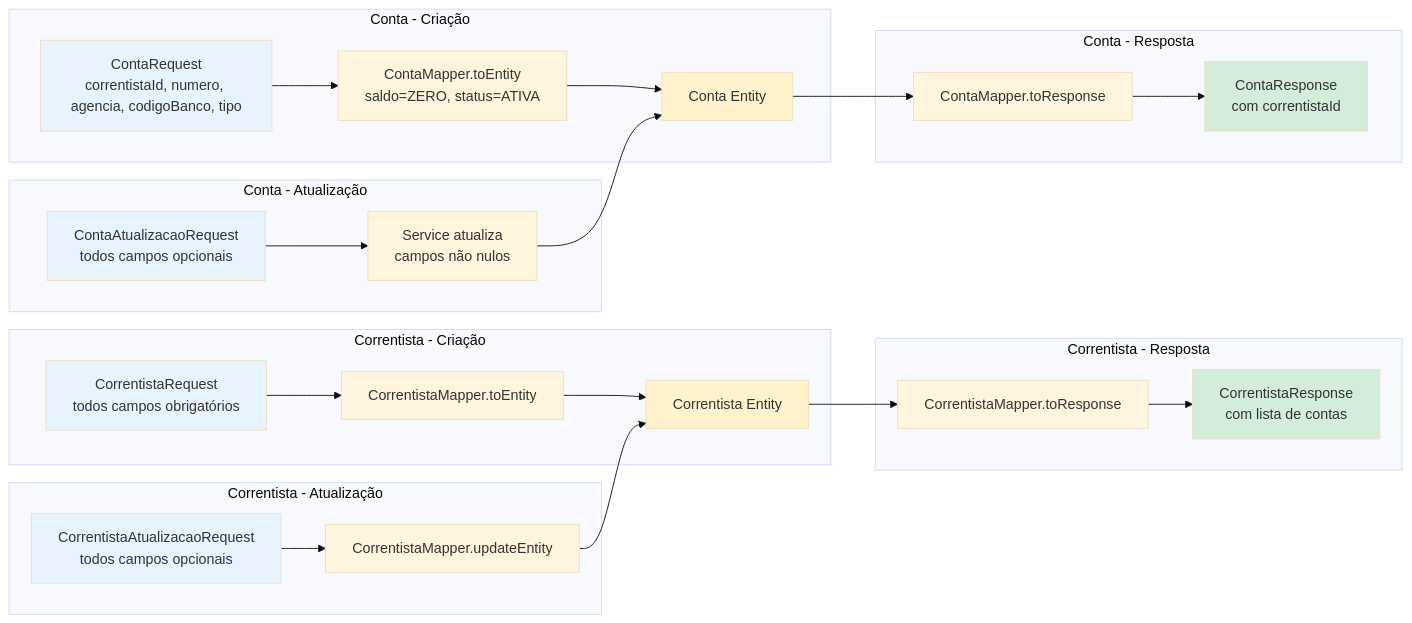
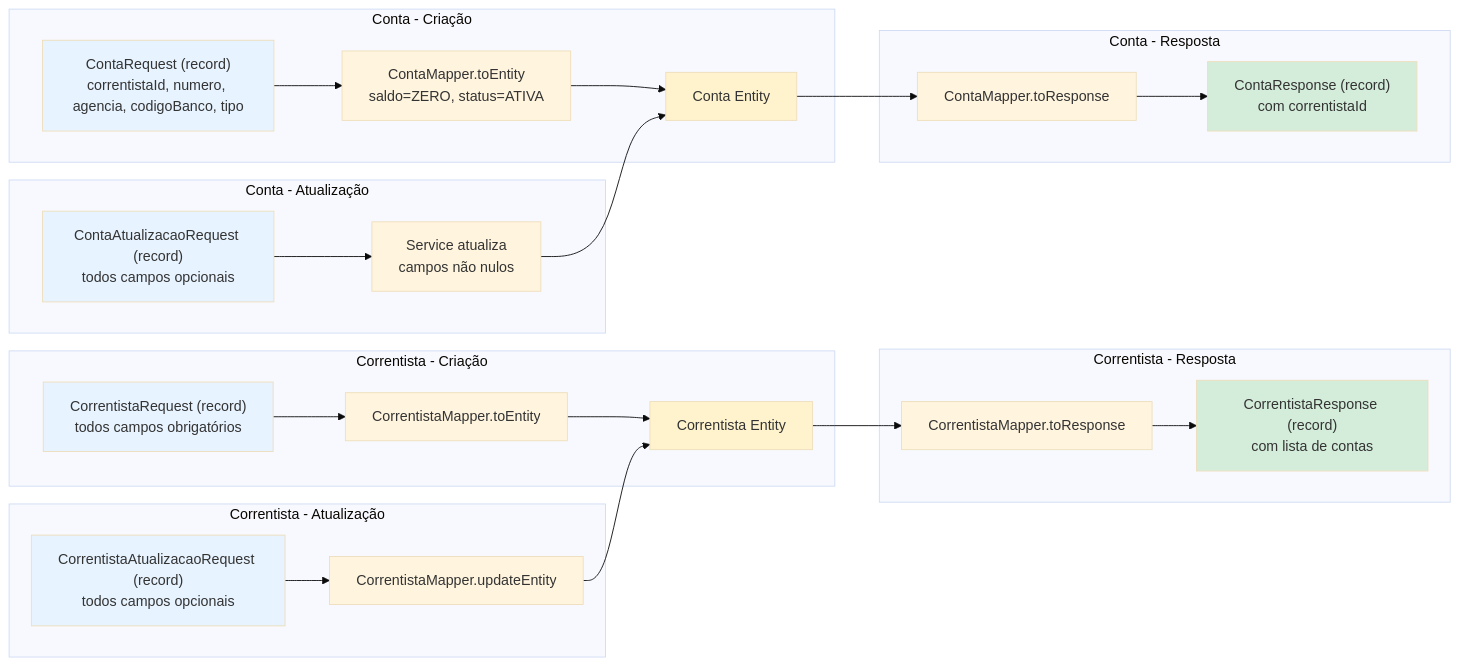
Before and after one commit to GeciaraBoava/teste-bv: diagram 14 of 14 in fluxograma.md, drawn with Mermaid (base theme). The commit also changed other lines of this file and 16 other files, not shown here.

Commit message:
✨ feat :: [conta] :: adiciona record

````diff
--- a/fluxograma.md
+++ b/fluxograma.md
@@ -503,41 +503,41 @@
 ```mermaid
 flowchart LR
     subgraph "Correntista - Criação"
-        CR1[CorrentistaRequest<br/>todos campos obrigatórios] --> CM1[CorrentistaMapper.toEntity]
+        CR1["CorrentistaRequest (record)<br/>todos campos obrigatórios"] --> CM1[CorrentistaMapper.toEntity]
         CM1 --> CE[Correntista Entity]
     end
 
     subgraph "Correntista - Atualização"
-        CRU[CorrentistaAtualizacaoRequest<br/>todos campos opcionais] --> CMU[CorrentistaMapper.updateEntity]
+        CRU["CorrentistaAtualizacaoRequest (record)<br/>todos campos opcionais"] --> CMU[CorrentistaMapper.updateEntity]
         CMU --> CE
     end
 
     subgraph "Correntista - Resposta"
         CE --> CM2[CorrentistaMapper.toResponse]
-        CM2 --> CR2[CorrentistaResponse<br/>com lista de contas]
+        CM2 --> CR2["CorrentistaResponse (record)<br/>com lista de contas"]
     end
 
     subgraph "Conta - Criação"
-        CT1[ContaRequest<br/>correntistaId, numero, agencia, codigoBanco, tipo] --> CTM1[ContaMapper.toEntity<br/>saldo=ZERO, status=ATIVA]
+        CT1["ContaRequest (record)<br/>correntistaId, numero, agencia, codigoBanco, tipo"] --> CTM1[ContaMapper.toEntity<br/>saldo=ZERO, status=ATIVA]
         CTM1 --> CTE[Conta Entity]
     end
 
     subgraph "Conta - Atualização"
-        CTU[ContaAtualizacaoRequest<br/>todos campos opcionais] --> CTMU[Service atualiza<br/>campos não nulos]
+        CTU["ContaAtualizacaoRequest (record)<br/>todos campos opcionais"] --> CTMU[Service atualiza<br/>campos não nulos]
         CTMU --> CTE
     end
 
     subgraph "Conta - Resposta"
         CTE --> CTM2[ContaMapper.toResponse]
-        CTM2 --> CT2[ContaResponse<br/>com correntistaId]
+        CTM2 --> CT2["ContaResponse (record)<br/>com correntistaId"]
     end
 
     style CR1 fill:#e7f3ff
     style CRU fill:#e7f3ff
     style CT1 fill:#e7f3ff
     style CTU fill:#e7f3ff
     style CE fill:#fff3cd
     style CTE fill:#fff3cd
     style CR2 fill:#d4edda
     style CT2 fill:#d4edda
 ```
````
